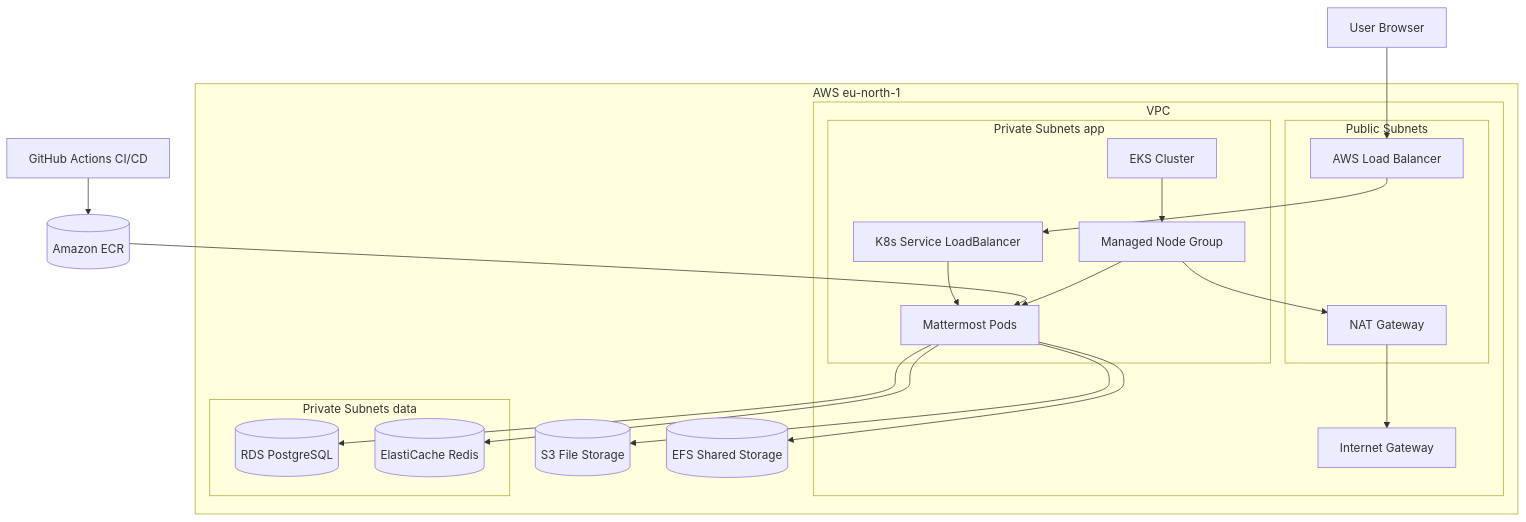
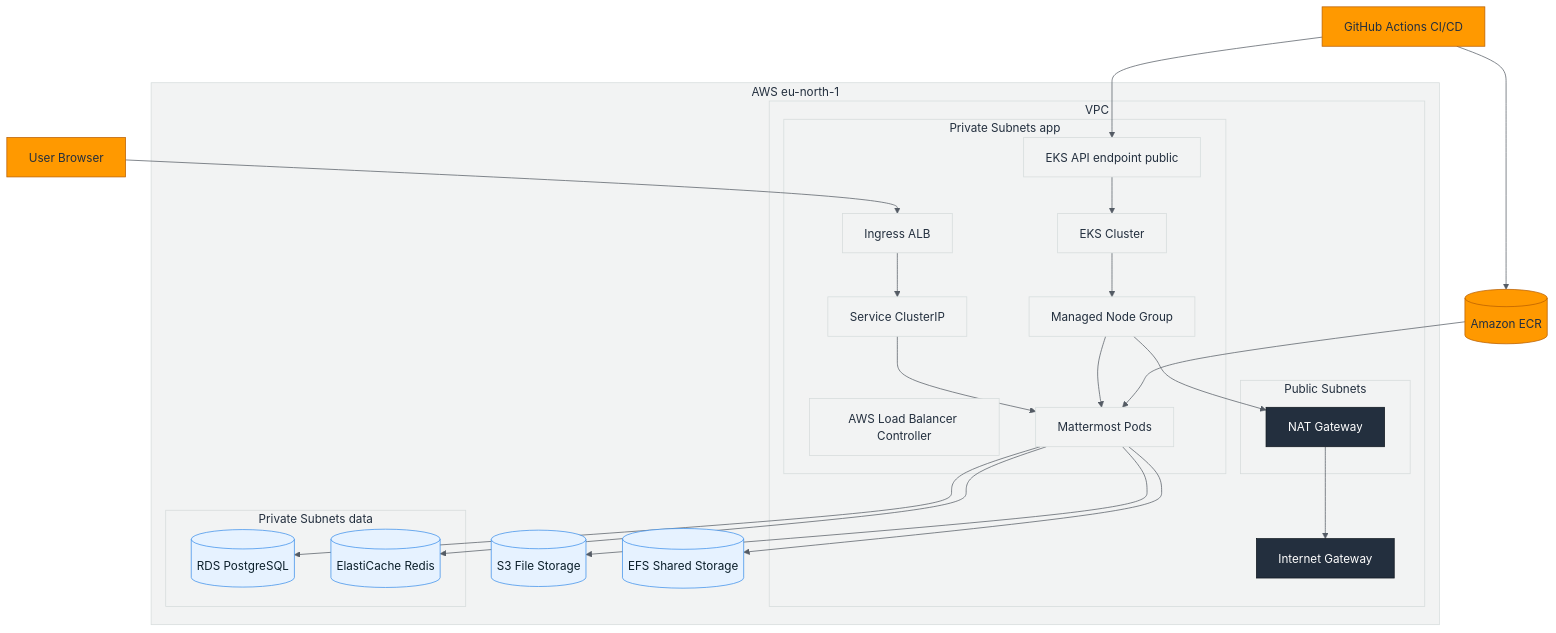
Before and after one commit to saeed0000000/project-mattermost: the diagram in docs/architecture-diagram.md, drawn with Mermaid. The commit also changed other lines of this file and 1 other file, not shown here.

Commit message:
docs: style mermaid diagrams with aws-like theme

````diff
--- a/docs/architecture-diagram.md
+++ b/docs/architecture-diagram.md
@@ -3,38 +3,75 @@
 ```mermaid
+%%{init: {'theme':'base','themeVariables':{
+  'fontFamily':'Segoe UI, Arial, sans-serif',
+  'primaryColor':'#FF9900',
+  'primaryTextColor':'#232F3E',
+  'primaryBorderColor':'#B85E00',
+  'lineColor':'#545B64',
+  'tertiaryColor':'#F2F3F3'
+}}}%%
+
 flowchart TB
   user[User Browser]
   gha[GitHub Actions CI/CD]
   ecr[(Amazon ECR)]
 
   subgraph aws[AWS eu-north-1]
     subgraph vpc[VPC]
       igw[Internet Gateway]
+
       subgraph pub[Public Subnets]
-        lb[AWS Load Balancer]
         nat[NAT Gateway]
       end
+
       subgraph privApp[Private Subnets app]
+        eksapi[EKS API endpoint public]
         eks[EKS Cluster]
         ng[Managed Node Group]
-        svc[K8s Service LoadBalancer]
+        lbc[AWS Load Balancer Controller]
+        ing[Ingress ALB]
+        svc[Service ClusterIP]
         mm[Mattermost Pods]
       end
     end
+
     subgraph privData[Private Subnets data]
       rds[(RDS PostgreSQL)]
       cache[(ElastiCache Redis)]
     end
+
     s3[(S3 File Storage)]
     efs[(EFS Shared Storage)]
   end
 
-  user --> lb --> svc --> mm
+  %% User traffic path
+  user --> ing --> svc --> mm
+
+  %% App dependencies
+  mm --> rds
+  mm --> cache
   mm --> s3
   mm --> efs
-  mm --> rds
-  mm --> cache
 
-  gha --> ecr --> mm
-  eks --> ng --> mm
+  %% Control plane and scheduling
+  eksapi --> eks --> ng --> mm
+
+  %% CI/CD path
+  gha --> ecr
+  ecr --> mm
+  gha --> eksapi
+
+  %% Outbound to AWS services (no VPC endpoints)
   ng --> nat --> igw
+
+  %% Styling
+  classDef awsfill fill:#FF9900,stroke:#B85E00,color:#232F3E;
+  classDef dark fill:#232F3E,stroke:#111820,color:#FFFFFF;
+  classDef light fill:#F2F3F3,stroke:#D5DBDB,color:#232F3E;
+  classDef data fill:#E6F2FF,stroke:#3B8EEA,color:#0B1F2A;
+
+  class aws,vpc,pub,privApp,privData light;
+  class igw,nat dark;
+  class gha,ecr awsfill;
+  class eksapi,eks,ng,lbc,ing,svc,mm light;
+  class rds,cache,s3,efs data;
 ```
````
